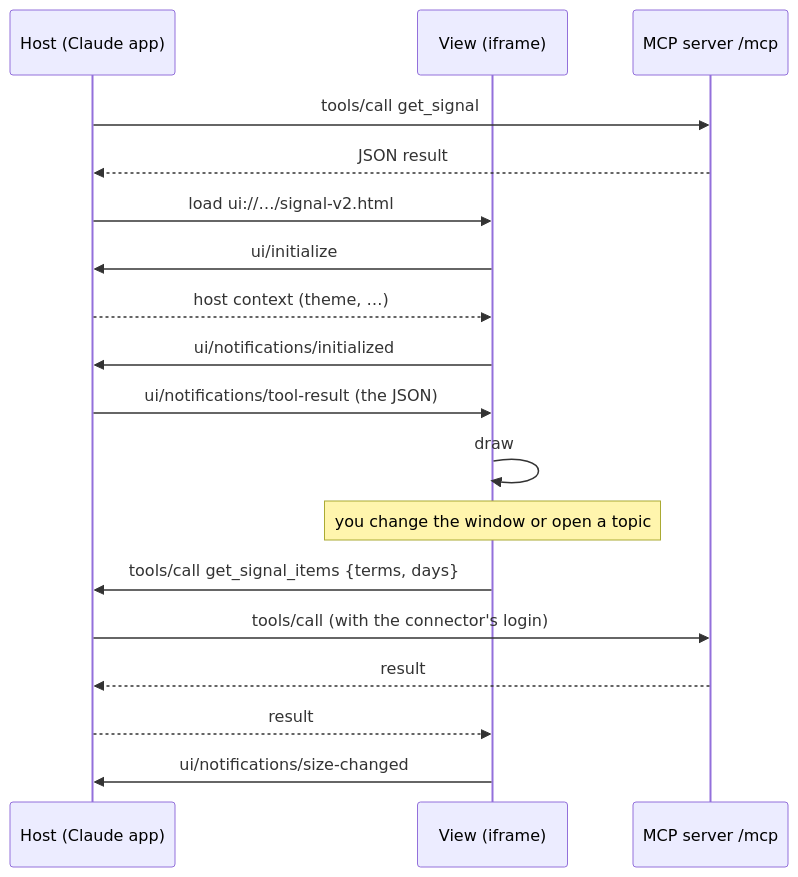
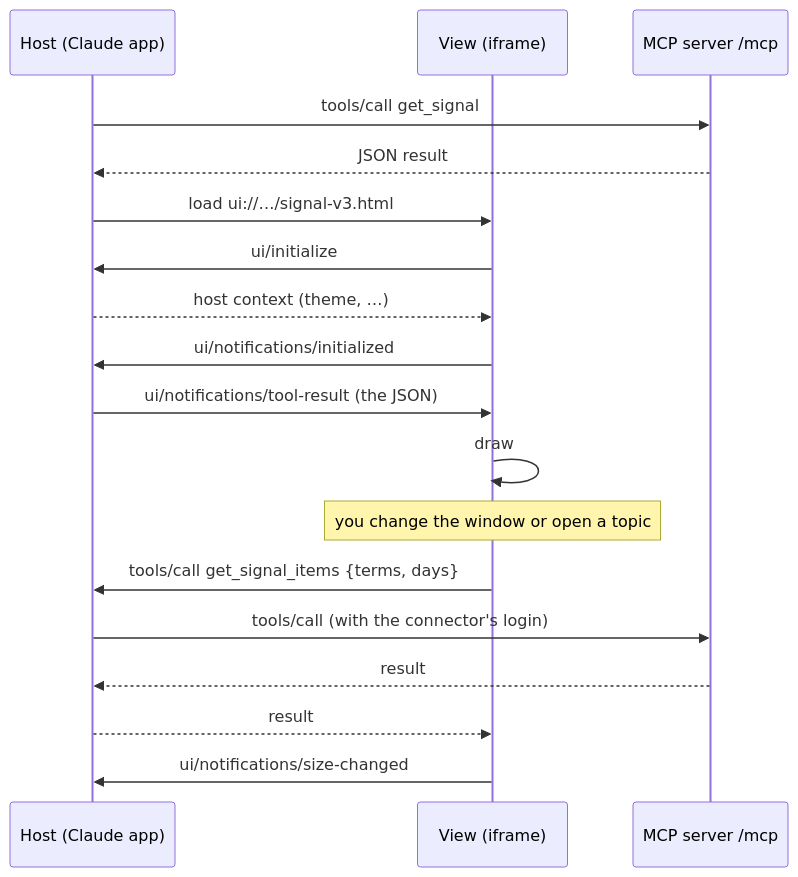
The second of 2 diagrams in docs/mcp.md (fredrikp999/cf-tweetexplorer), drawn with Mermaid before and after one commit. The commit also changed other lines of this file and 11 other files, not shown here.

````diff
--- a/docs/mcp.md
+++ b/docs/mcp.md
@@ -148,20 +148,20 @@
 ```mermaid
 sequenceDiagram
   participant H as Host (Claude app)
   participant V as View (iframe)
   participant S as MCP server /mcp
   H->>S: tools/call get_signal
   S-->>H: JSON result
-  H->>V: load ui://…/signal-v2.html
+  H->>V: load ui://…/signal-v3.html
   V->>H: ui/initialize
   H-->>V: host context (theme, …)
   V->>H: ui/notifications/initialized
   H->>V: ui/notifications/tool-result (the JSON)
   V->>V: draw
   Note over V: you change the window or open a topic
   V->>H: tools/call get_signal_items {terms, days}
   H->>S: tools/call (with the connector's login)
   S-->>H: result
   H-->>V: result
   V->>H: ui/notifications/size-changed
 ```
````
